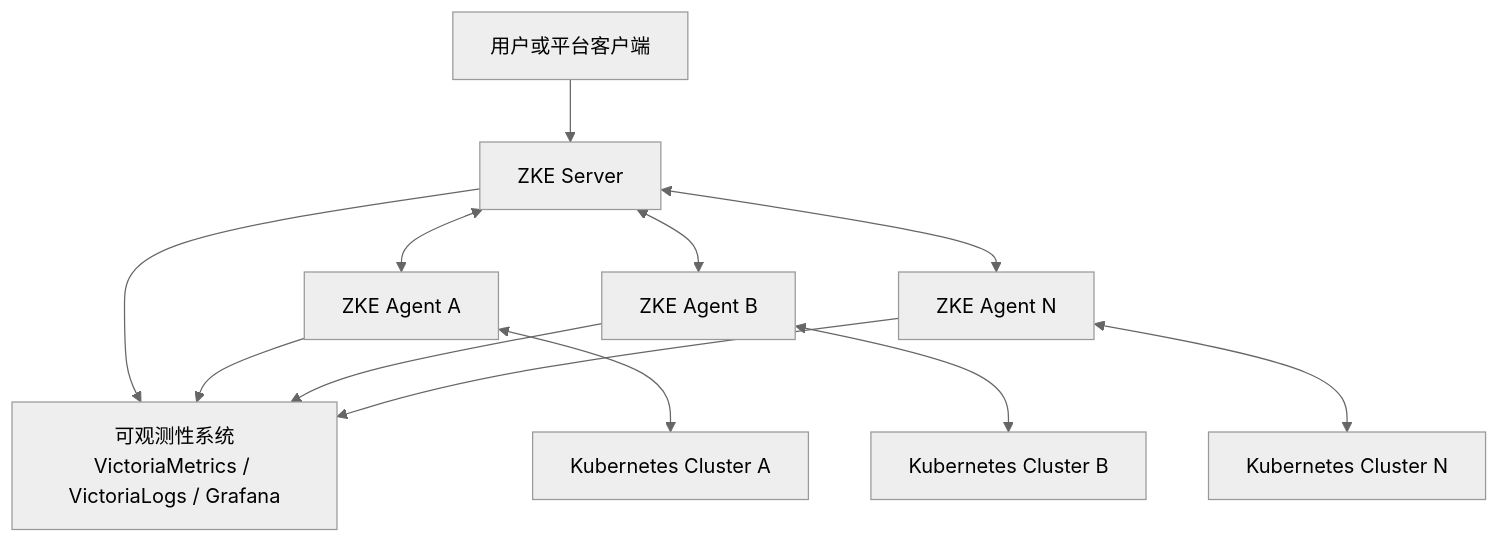
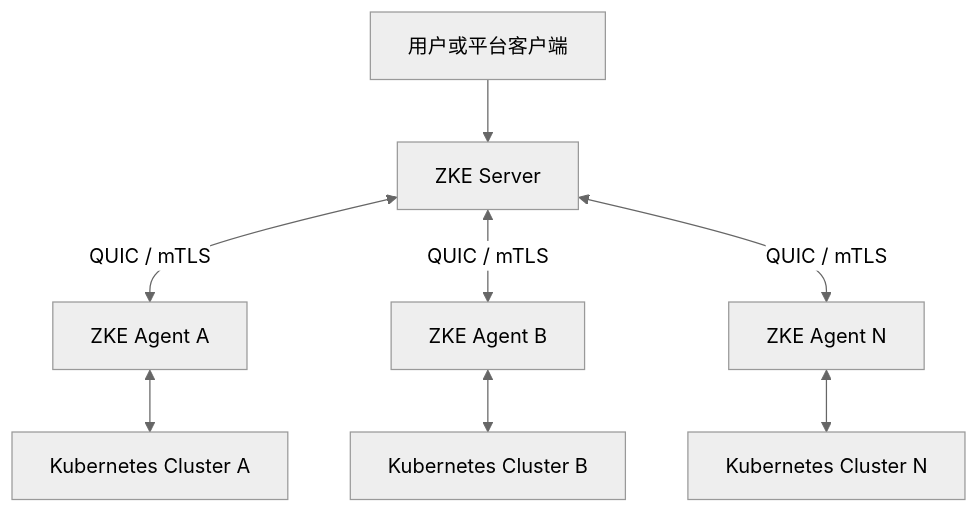
The diagram in docs/architecture/overview.md (togettoyou/zke), drawn with Mermaid (neutral theme) before and after one commit. The commit also changed other lines of this file and 14 other files, not shown here.

````diff
--- a/docs/architecture/overview.md
+++ b/docs/architecture/overview.md
@@ -12,18 +7,13 @@
 ```mermaid
 flowchart TB
     Client["用户或平台客户端"] --> Server["ZKE Server"]
 
-    Server --> Observability["可观测性系统<br/>VictoriaMetrics / VictoriaLogs / Grafana"]
-
-    Server <--> AgentA["ZKE Agent A"]
-    Server <--> AgentB["ZKE Agent B"]
-    Server <--> AgentN["ZKE Agent N"]
+    Server <-->|"QUIC / mTLS"| AgentA["ZKE Agent A"]
+    Server <-->|"QUIC / mTLS"| AgentB["ZKE Agent B"]
+    Server <-->|"QUIC / mTLS"| AgentN["ZKE Agent N"]
 
     AgentA <--> ClusterA["Kubernetes Cluster A"]
     AgentB <--> ClusterB["Kubernetes Cluster B"]
     AgentN <--> ClusterN["Kubernetes Cluster N"]
 
-    AgentA --> Observability
-    AgentB --> Observability
-    AgentN --> Observability
 ```
````
